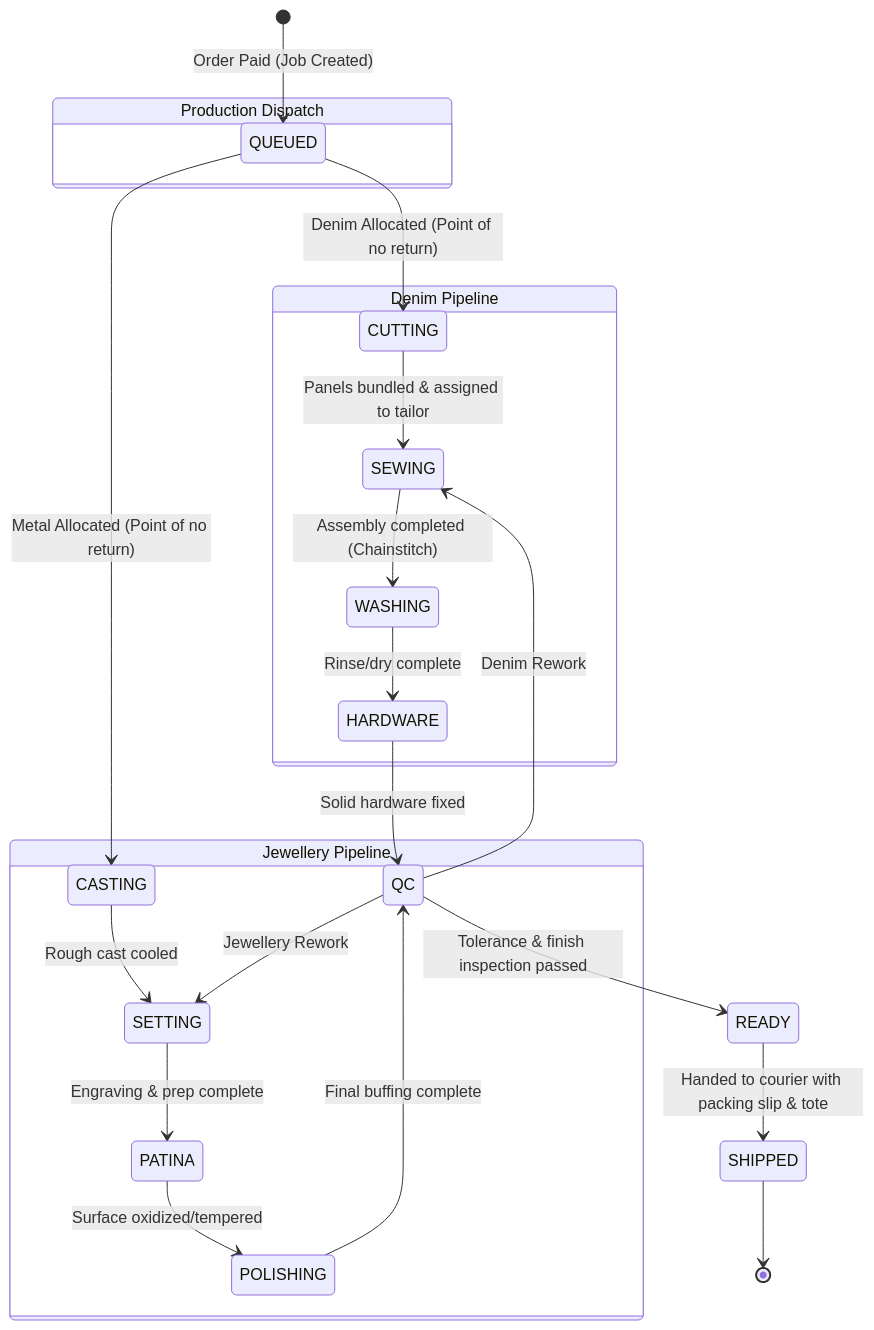
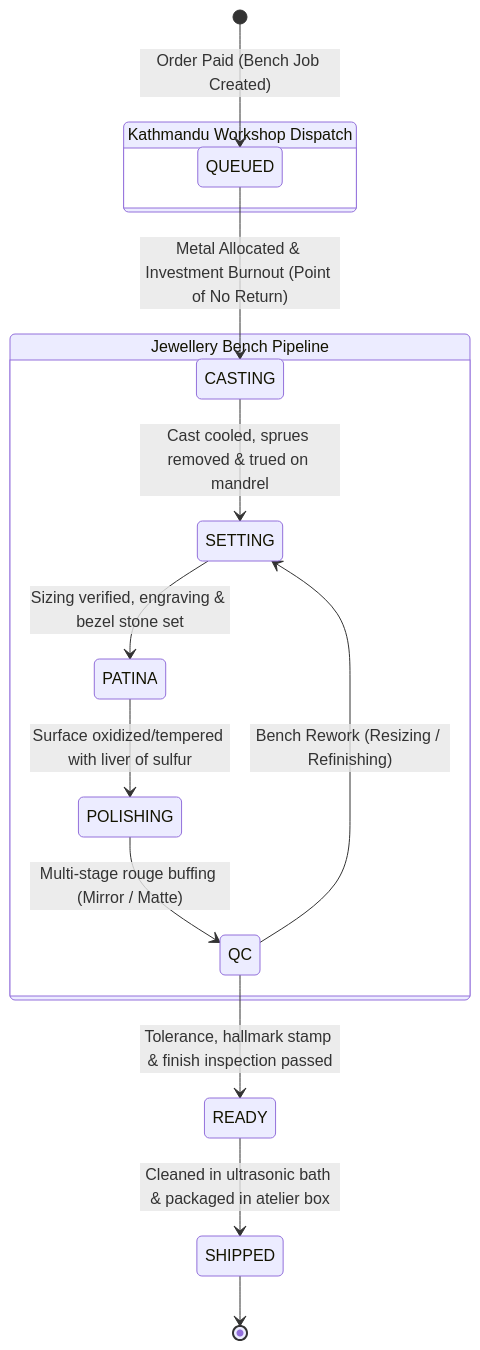
One commit to Sarthak2233/Jeanius changed the second of 10 diagrams in docs/product/PRODUCT-CONTRACT.md. Above: the diagram before and after it, drawn with Mermaid. The commit also changed other lines of this file and 145 other files, not shown here.

````diff
--- a/docs/product/PRODUCT-CONTRACT.md
+++ b/docs/product/PRODUCT-CONTRACT.md
@@ -138,32 +136,23 @@
 ```mermaid
 stateDiagram-v2
-    [*] --> QUEUED: Order Paid (Job Created)
+    [*] --> QUEUED: Order Paid (Bench Job Created)
     
-    state "Production Dispatch" as dispatch {
+    state "Kathmandu Workshop Dispatch" as dispatch {
         QUEUED
     }
     
-    QUEUED --> CUTTING: Denim Allocated (Point of no return)
-    QUEUED --> CASTING: Metal Allocated (Point of no return)
+    QUEUED --> CASTING: Metal Allocated & Investment Burnout (Point of No Return)
     
-    state "Denim Pipeline" as denim {
-        CUTTING --> SEWING: Panels bundled & assigned to tailor
-        SEWING --> WASHING: Assembly completed (Chainstitch)
-        WASHING --> HARDWARE: Rinse/dry complete
-        HARDWARE --> QC: Solid hardware fixed
+    state "Jewellery Bench Pipeline" as jewl {
+        CASTING --> SETTING: Cast cooled, sprues removed & trued on mandrel
+        SETTING --> PATINA: Sizing verified, engraving & bezel stone set
+        PATINA --> POLISHING: Surface oxidized/tempered with liver of sulfur
+        POLISHING --> QC: Multi-stage rouge buffing (Mirror / Matte)
     }
     
-    state "Jewellery Pipeline" as jewl {
-        CASTING --> SETTING: Rough cast cooled
-        SETTING --> PATINA: Engraving & prep complete
-        PATINA --> POLISHING: Surface oxidized/tempered
-        POLISHING --> QC: Final buffing complete
-    }
+    QC --> READY: Tolerance, hallmark stamp & finish inspection passed
+    QC --> SETTING: Bench Rework (Resizing / Refinishing)
     
-    QC --> READY: Tolerance & finish inspection passed
-    QC --> SEWING: Denim Rework
-    QC --> SETTING: Jewellery Rework
-    
-    READY --> SHIPPED: Handed to courier with packing slip & tote
+    READY --> SHIPPED: Cleaned in ultrasonic bath & packaged in atelier box
     SHIPPED --> [*]
 ```
````
